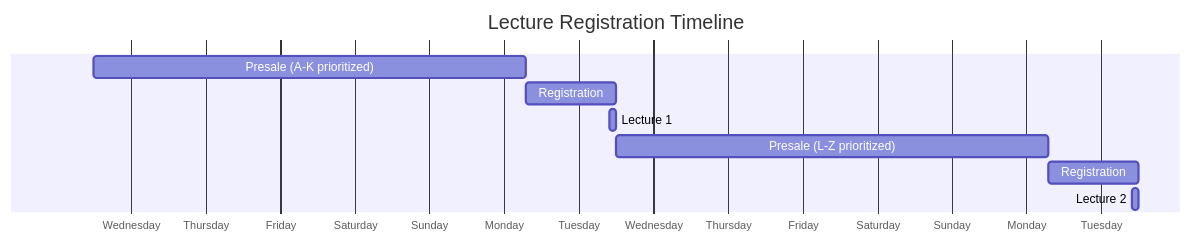
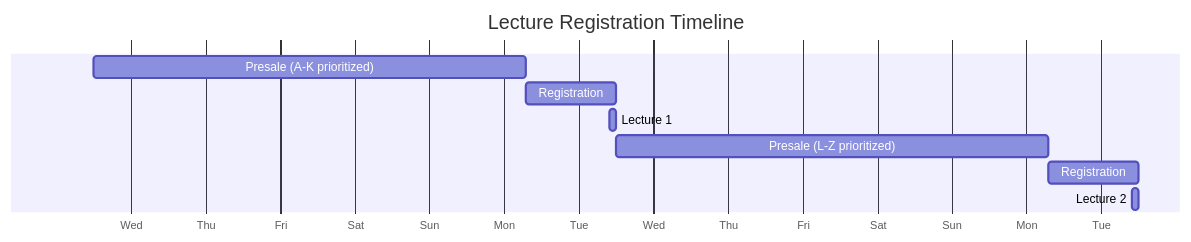
Before and after one commit to noahzarro/netsec: the diagram in README.md, drawn with Mermaid.

Commit message:
using abreviated weekday names in gantt plot

````diff
--- a/README.md
+++ b/README.md
@@ -46,13 +46,13 @@
 ```mermaid
 gantt
 dateFormat  YYYY-MM-DD:HH
-axisFormat  %A
+axisFormat  %a
 title Lecture Registration Timeline
 
 Presale (A-K prioritized)  :         des1, 2020-09-08:12,2020-09-14:07
 Registration               :         des2, 2020-09-14:07,2020-09-15:12
 Lecture 1                  :         des3, 2020-09-15:10,2020-09-15:12
 Presale (L-Z prioritized)  :         des1, 2020-09-15:12,2020-09-21:07
 Registration               :         des2, 2020-09-21:07,2020-09-22:12
 Lecture 2                  :         des3, 2020-09-22:10,2020-09-22:12
 ```
````
